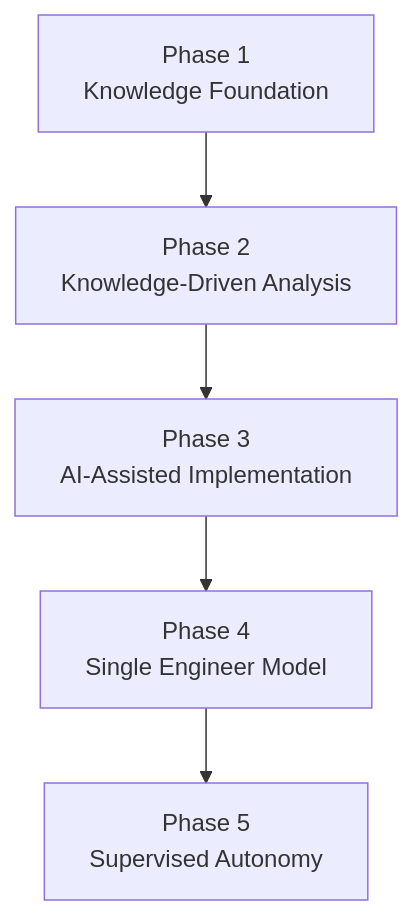
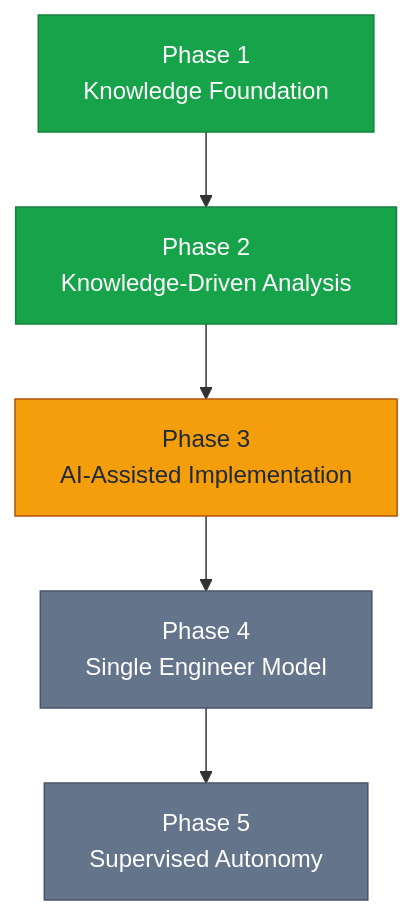
The sixth of 6 diagrams in peopledesk-ba-workspace/README.md (peopledesk-app/engineering-blueprint), drawn with Mermaid before and after one commit. The commit also changed other lines of this file, not shown here.

First line of the commit message:
Color-code all diagrams with a consistent semantic palette

````diff
--- a/peopledesk-ba-workspace/README.md
+++ b/peopledesk-ba-workspace/README.md
@@ -217,8 +275,15 @@
 ```mermaid
 flowchart TB
 
 P1[Phase 1<br/>Knowledge Foundation] --> P2[Phase 2<br/>Knowledge-Driven Analysis]
 P2 --> P3[Phase 3<br/>AI-Assisted Implementation]
 P3 --> P4[Phase 4<br/>Single Engineer Model]
 P4 --> P5[Phase 5<br/>Supervised Autonomy]
+
+classDef live fill:#16A34A,stroke:#15803D,color:#FFFFFF
+classDef pilot fill:#F59E0B,stroke:#B45309,color:#1F2937
+classDef future fill:#64748B,stroke:#475569,color:#FFFFFF
+class P1,P2 live
+class P3 pilot
+class P4,P5 future
 ```
````
